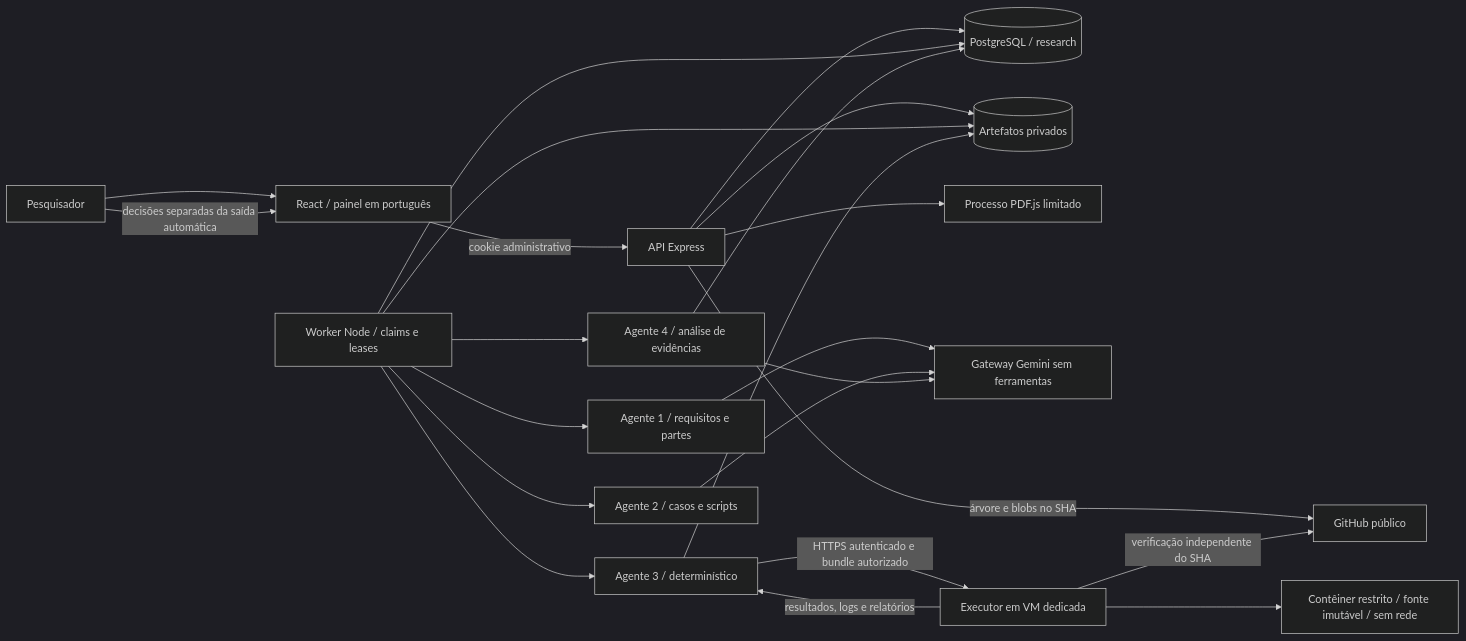
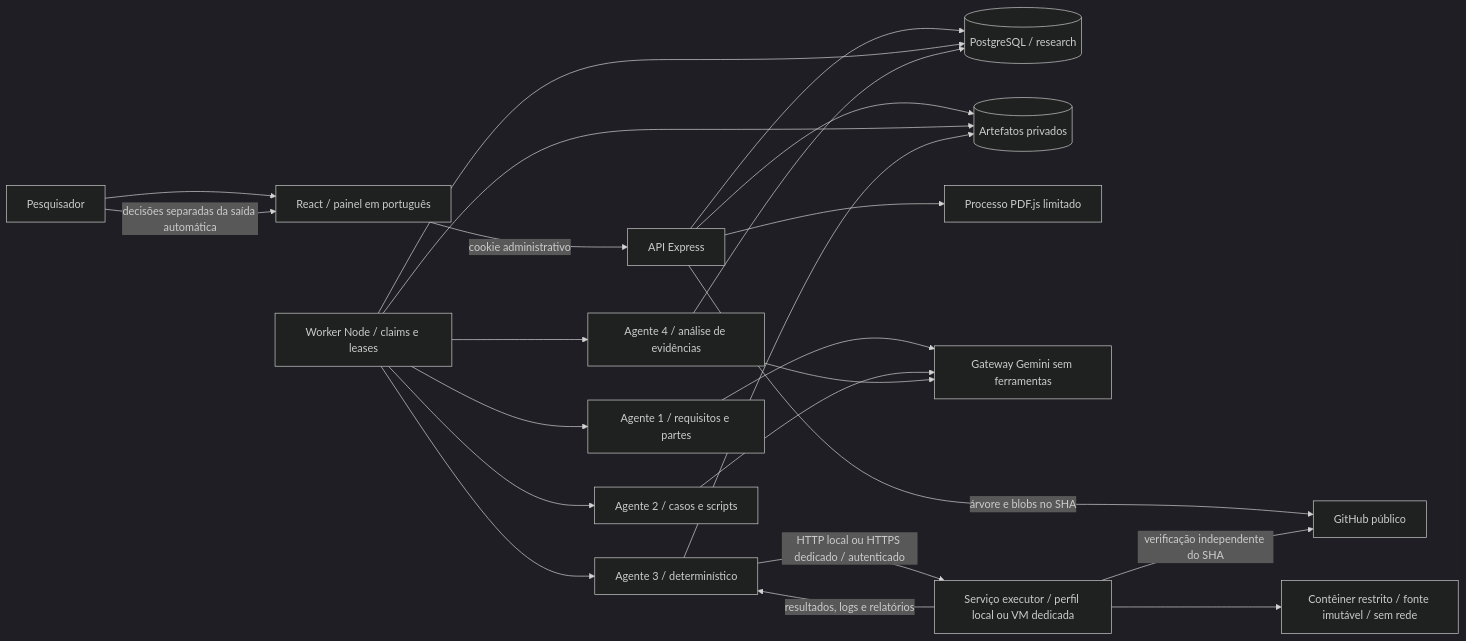
Before and after one commit to lucaasbonfim/tcc: the first of 3 diagrams in docs/ARQUITETURA_PESQUISA.md, drawn with Mermaid (dark theme). The commit also changed other lines of this file and 10 other files, not shown here.

````diff
--- a/docs/ARQUITETURA_PESQUISA.md
+++ b/docs/ARQUITETURA_PESQUISA.md
@@ -9,25 +9,25 @@
 ```mermaid
 flowchart LR
   H[Pesquisador] --> UI[React / painel em português]
   UI -->|cookie administrativo| API[API Express]
   API --> PG[(PostgreSQL / research)]
   API --> FS[(Artefatos privados)]
   API -->|árvore e blobs no SHA| GH[GitHub público]
   API --> PDF[Processo PDF.js limitado]
   W[Worker Node / claims e leases] --> PG
   W --> FS
   W --> A1[Agente 1 / requisitos e partes]
   W --> A2[Agente 2 / casos e scripts]
   A1 --> G[Gateway Gemini sem ferramentas]
   A2 --> G
   W --> A3[Agente 3 / determinístico]
-  A3 -->|HTTPS autenticado e bundle autorizado| E[Executor em VM dedicada]
+  A3 -->|HTTP local ou HTTPS dedicado / autenticado| E[Serviço executor / perfil local ou VM dedicada]
   E -->|verificação independente do SHA| GH
   E --> C[Contêiner restrito / fonte imutável / sem rede]
   E -->|resultados, logs e relatórios| A3
   A3 --> FS
   W --> A4[Agente 4 / análise de evidências]
   A4 --> G
   A4 --> PG
   H -->|decisões separadas da saída automática| UI
 ```
````
